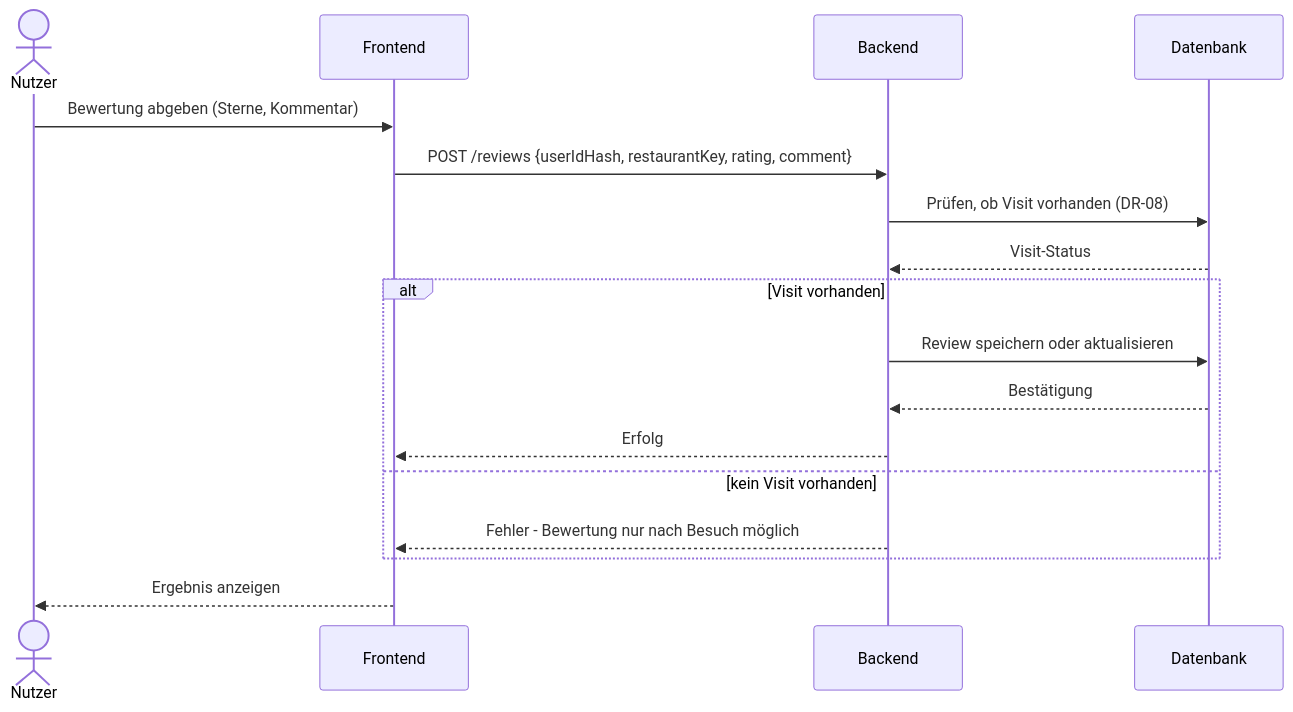
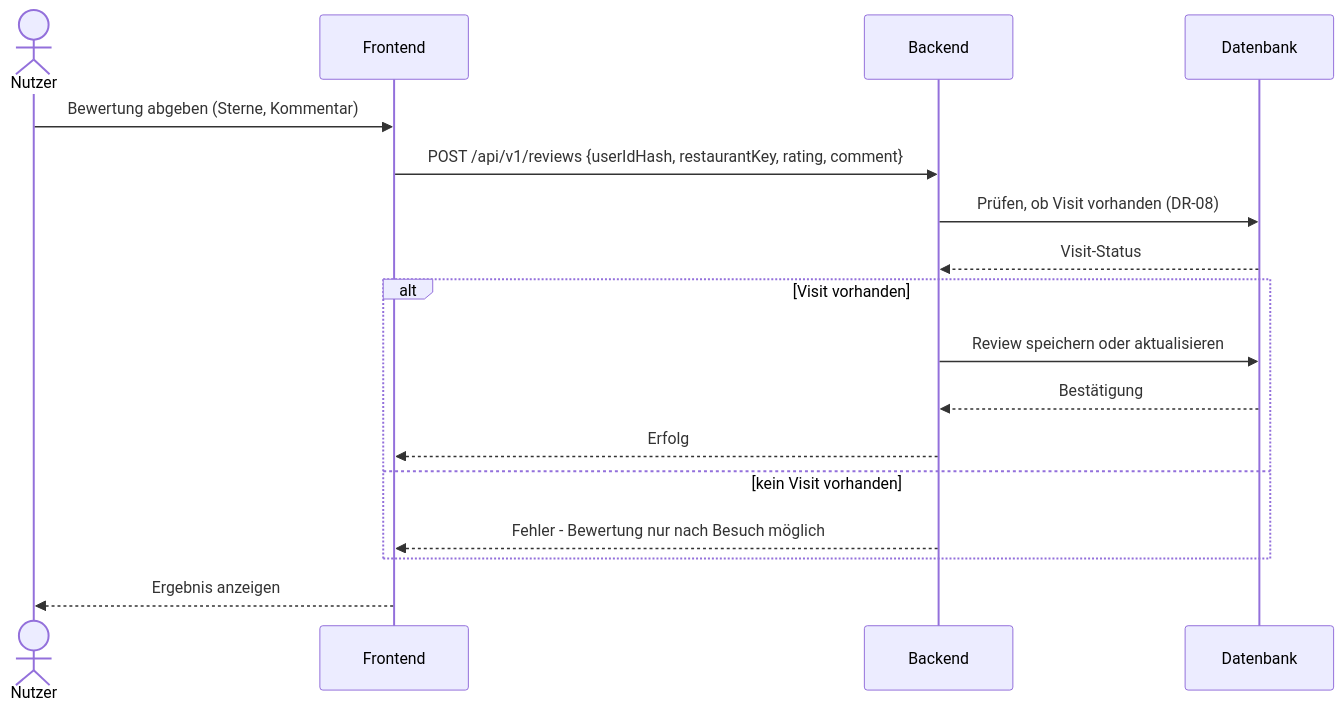
The diagram in docs/arch/diagrams/runtime-rating.mmd (ahil-trq/thm_wk-1106_food-mood), drawn with Mermaid before and after one commit. The commit also changed 18 other files, not shown here.

```diff
--- a/docs/arch/diagrams/runtime-rating.mmd
+++ b/docs/arch/diagrams/runtime-rating.mmd
@@ -1,18 +1,18 @@
 sequenceDiagram
     actor Nutzer
     participant Frontend
     participant Backend
     participant DB as Datenbank
 
     Nutzer->>Frontend: Bewertung abgeben (Sterne, Kommentar)
-    Frontend->>Backend: POST /reviews {userIdHash, restaurantKey, rating, comment}
+    Frontend->>Backend: POST /api/v1/reviews {userIdHash, restaurantKey, rating, comment}
     Backend->>DB: Prüfen, ob Visit vorhanden (DR-08)
     DB-->>Backend: Visit-Status
     alt Visit vorhanden
         Backend->>DB: Review speichern oder aktualisieren
         DB-->>Backend: Bestätigung
         Backend-->>Frontend: Erfolg
     else kein Visit vorhanden
         Backend-->>Frontend: Fehler - Bewertung nur nach Besuch möglich
     end
     Frontend-->>Nutzer: Ergebnis anzeigen
```
